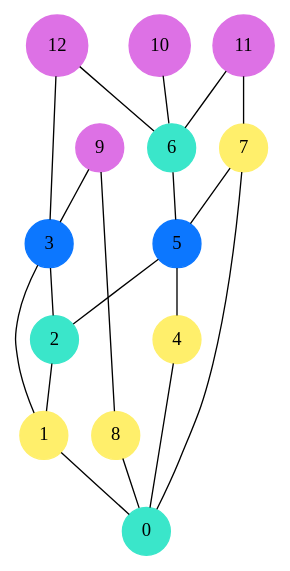
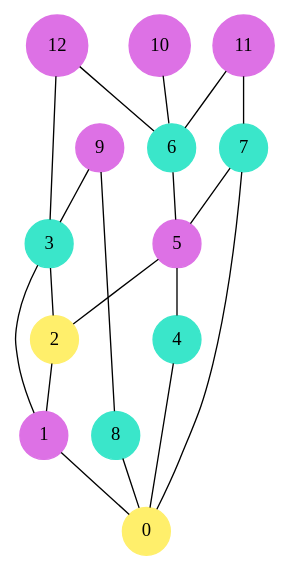
One commit to ksusvuu/cursed changed the diagram in graph.dot. Above: the diagram before and after it, drawn with Graphviz. The commit also changed 4 other files, not shown here.

```diff
--- a/graph.dot
+++ b/graph.dot
@@ -1,34 +1,34 @@
 graph G {
 	node [shape=circle style=filled]
-	0 [color="#3AE6CA"]
-	1 [color="#ffef6b"]
-	2 [color="#3AE6CA"]
-	3 [color="#0c77ff"]
-	4 [color="#ffef6b"]
-	5 [color="#0c77ff"]
+	0 [color="#ffef6b"]
+	1 [color="#dd71e5"]
+	2 [color="#ffef6b"]
+	3 [color="#3AE6CA"]
+	4 [color="#3AE6CA"]
+	5 [color="#dd71e5"]
 	6 [color="#3AE6CA"]
-	7 [color="#ffef6b"]
-	8 [color="#ffef6b"]
+	7 [color="#3AE6CA"]
+	8 [color="#3AE6CA"]
 	9 [color="#dd71e5"]
 	10 [color="#dd71e5"]
 	11 [color="#dd71e5"]
 	12 [color="#dd71e5"]
 	1 -- 0;
 	2 -- 1;
 	3 -- 1;
 	3 -- 2;
 	4 -- 0;
 	5 -- 2;
 	5 -- 4;
 	6 -- 5;
 	7 -- 0;
 	7 -- 5;
 	8 -- 0;
 	9 -- 3;
 	9 -- 8;
 	10 -- 6;
 	11 -- 6;
 	11 -- 7;
 	12 -- 3;
 	12 -- 6;
 }
```
